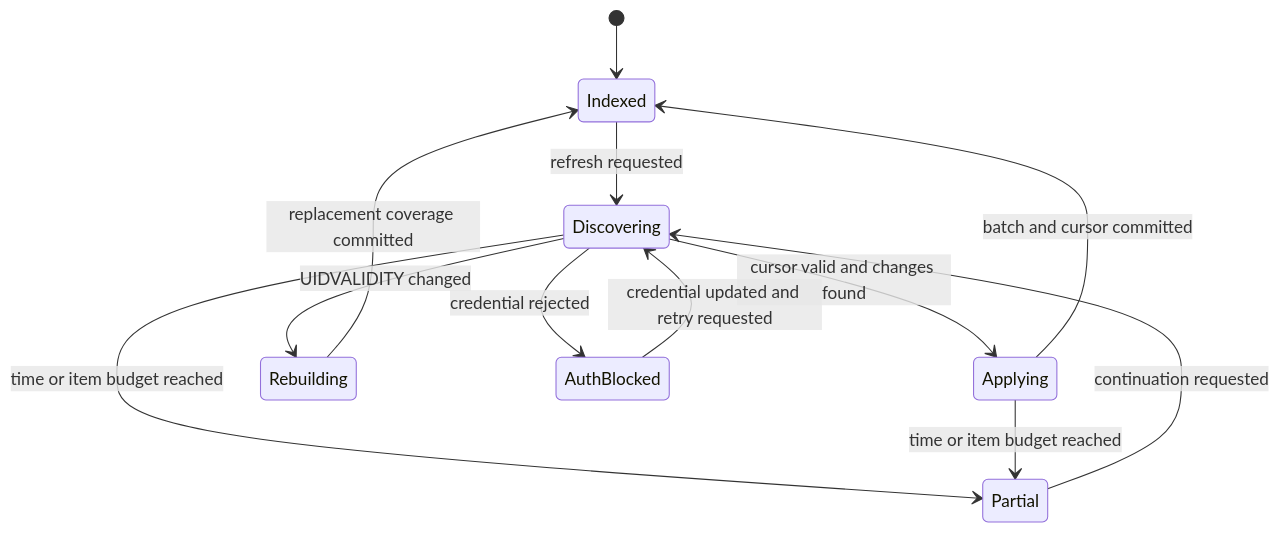
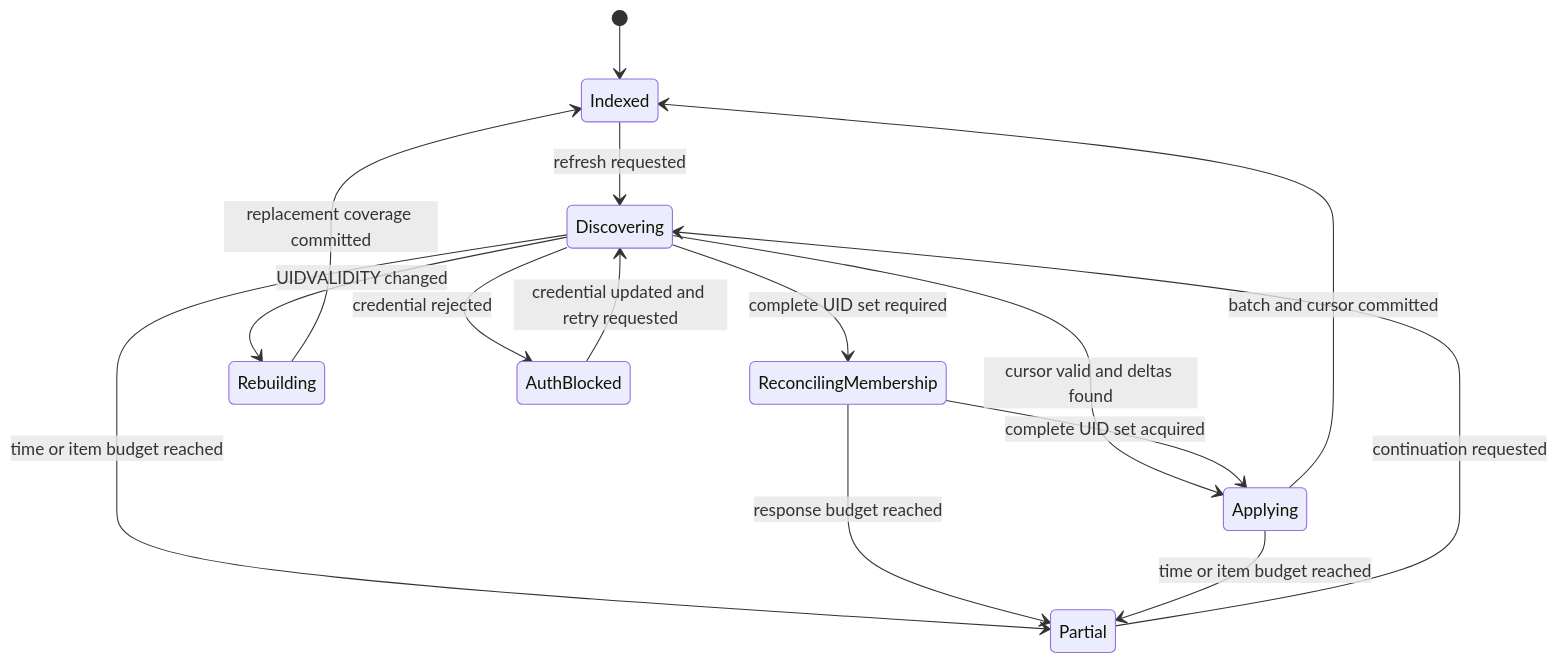
The fourth of 5 diagrams in spec/04-mail-workflows-and-consistency.md (rrroyal/mcp-email-server-auth), drawn with Mermaid before and after one commit. The commit also changed other lines of this file and 8 other files, not shown here.

First line of the commit message:
docs(spec): refine local email app architecture (#208)

````diff
--- a/spec/04-mail-workflows-and-consistency.md
+++ b/spec/04-mail-workflows-and-consistency.md
@@ -298,14 +365,17 @@
 ```mermaid
 stateDiagram-v2
     [*] --> Indexed
     Indexed --> Discovering: refresh requested
-    Discovering --> Applying: cursor valid and changes found
+    Discovering --> Applying: cursor valid and deltas found
+    Discovering --> ReconcilingMembership: complete UID set required
     Discovering --> Rebuilding: UIDVALIDITY changed
+    ReconcilingMembership --> Applying: complete UID set acquired
     Applying --> Indexed: batch and cursor committed
     Rebuilding --> Indexed: replacement coverage committed
     Discovering --> Partial: time or item budget reached
+    ReconcilingMembership --> Partial: response budget reached
     Applying --> Partial: time or item budget reached
     Partial --> Discovering: continuation requested
     Discovering --> AuthBlocked: credential rejected
     AuthBlocked --> Discovering: credential updated and retry requested
 ```
````
